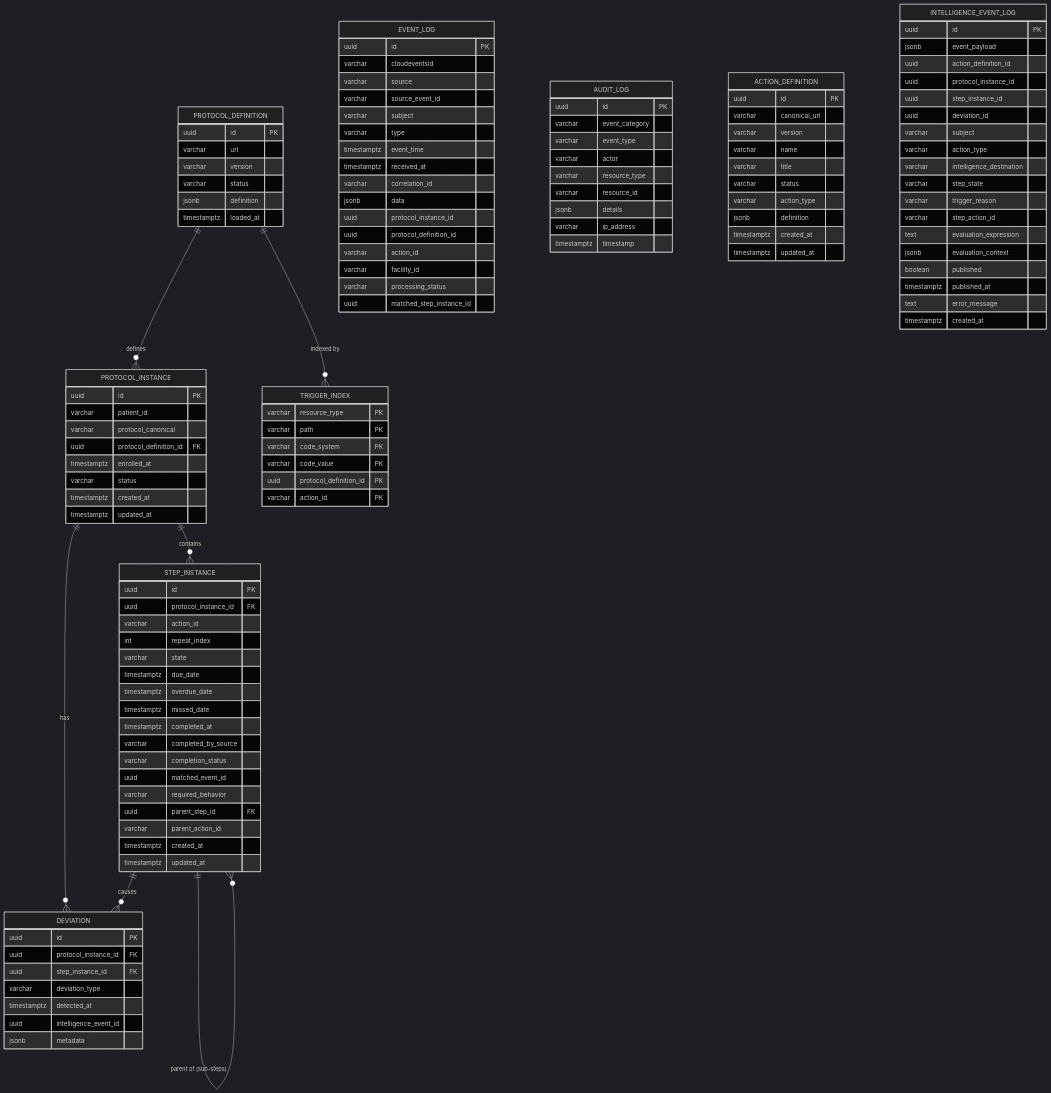
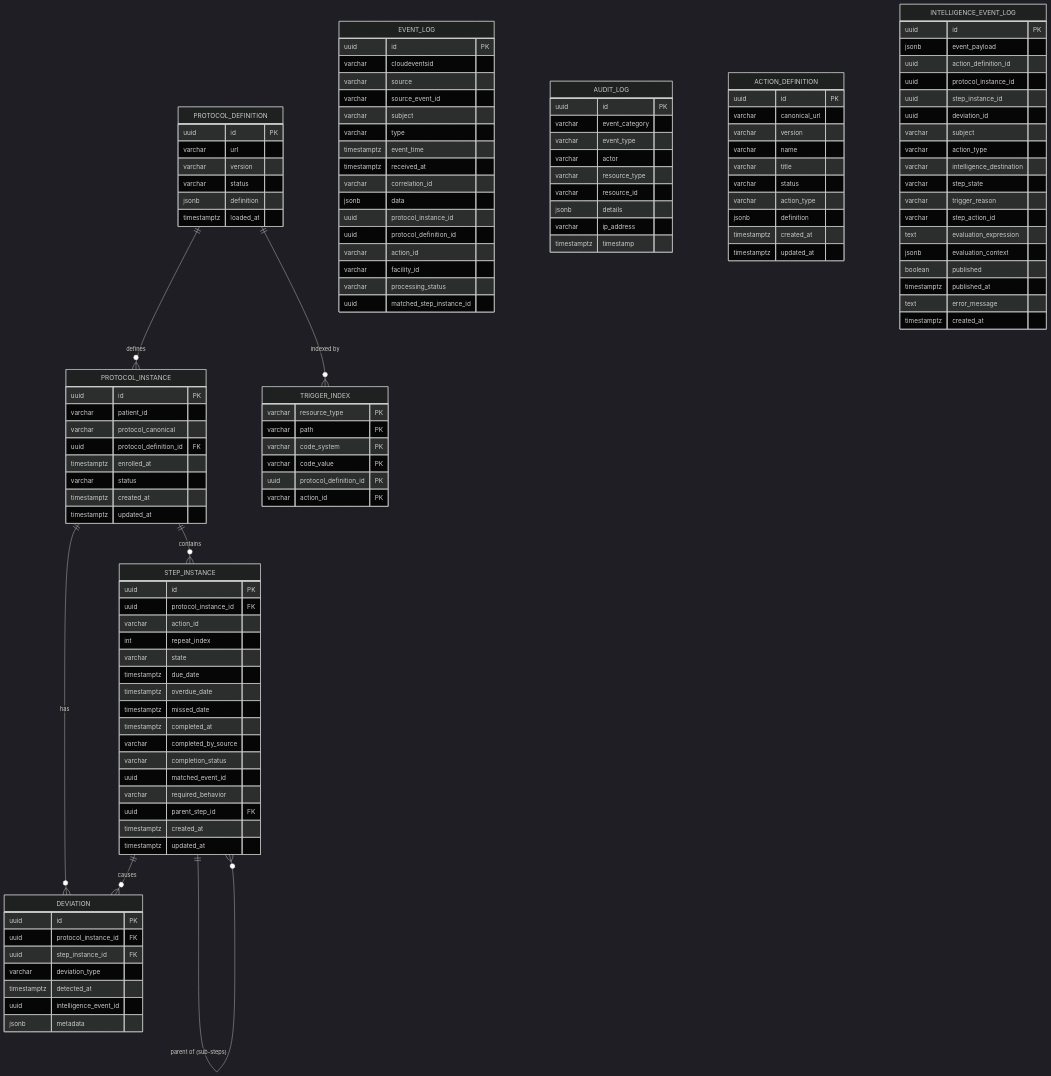
The diagram in docs/data-dictionary.md (Jayaprakash8887/cce-compliance-service), drawn with Mermaid (dark theme) before and after one commit. The commit also changed other lines of this file and 10 other files, not shown here.

Commit message:
feat: remove parent_action_id from StepInstance and related updates in service and documentation

```diff
--- a/docs/data-dictionary.md
+++ b/docs/data-dictionary.md
@@ -71,7 +71,6 @@
         uuid matched_event_id
         varchar required_behavior
         uuid parent_step_id FK
-        varchar parent_action_id
         timestamptz created_at
         timestamptz updated_at
     }
```
